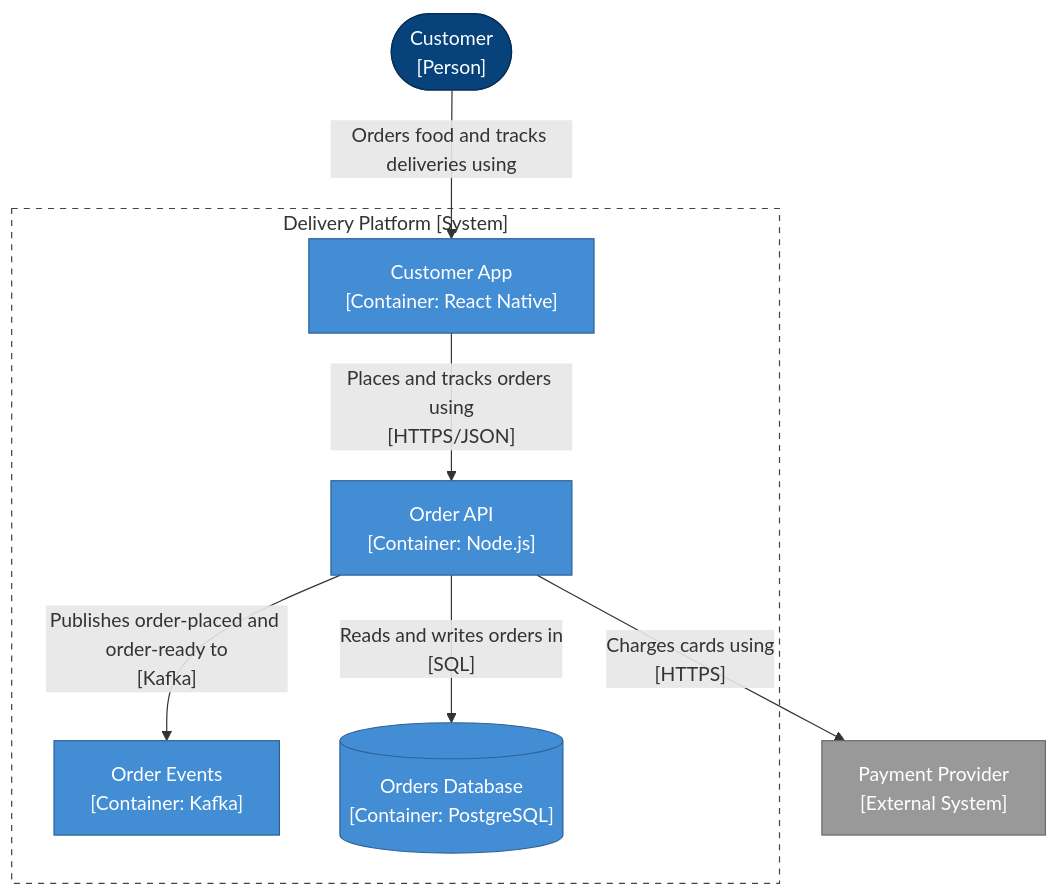
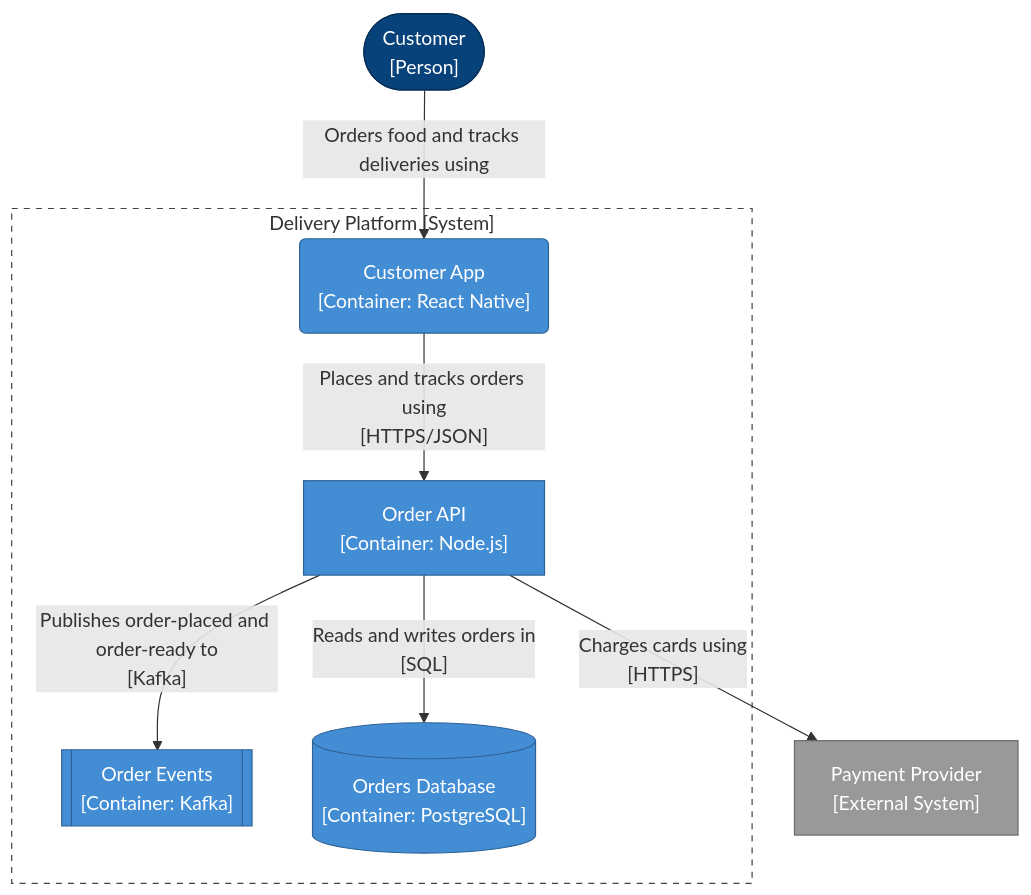
The diagram in examples/food-delivery/docs/views/ordering-flow.md (danyo1399/open-arch), drawn with Mermaid before and after one commit. The commit also changed 38 other files, not shown here.

````diff
--- a/examples/food-delivery/docs/views/ordering-flow.md
+++ b/examples/food-delivery/docs/views/ordering-flow.md
@@ -9,25 +9,25 @@
 ```mermaid
 flowchart TB
   customer(["Customer<br/>[Person]"])
   subgraph delivery_platform_boundary["Delivery Platform [System]"]
-    customer_app["Customer App<br/>[Container: React Native]"]
+    customer_app("Customer App<br/>[Container: React Native]")
     order_api["Order API<br/>[Container: Node.js]"]
-    order_events["Order Events<br/>[Container: Kafka]"]
+    order_events[["Order Events<br/>[Container: Kafka]"]]
     orders_db[("Orders Database<br/>[Container: PostgreSQL]")]
   end
   payment_provider["Payment Provider<br/>[External System]"]
   customer -->|"Orders food and tracks deliveries using"| customer_app
   customer_app -->|"Places and tracks orders using<br/>[HTTPS/JSON]"| order_api
   order_api -->|"Publishes order-placed and order-ready to<br/>[Kafka]"| order_events
   order_api -->|"Reads and writes orders in<br/>[SQL]"| orders_db
   order_api -->|"Charges cards using<br/>[HTTPS]"| payment_provider
   classDef person fill:#08427b,stroke:#052e56,color:#ffffff
   classDef system fill:#1168bd,stroke:#0b4884,color:#ffffff
   classDef container fill:#438dd5,stroke:#2e6295,color:#ffffff
   classDef component fill:#85bbf0,stroke:#5d82a8,color:#000000
   classDef external fill:#999999,stroke:#6b6b6b,color:#ffffff
   class customer person
   class payment_provider external
   class customer_app,order_api,order_events,orders_db container
   style delivery_platform_boundary fill:none,stroke:#444444,stroke-dasharray:5 5
 ```
````
